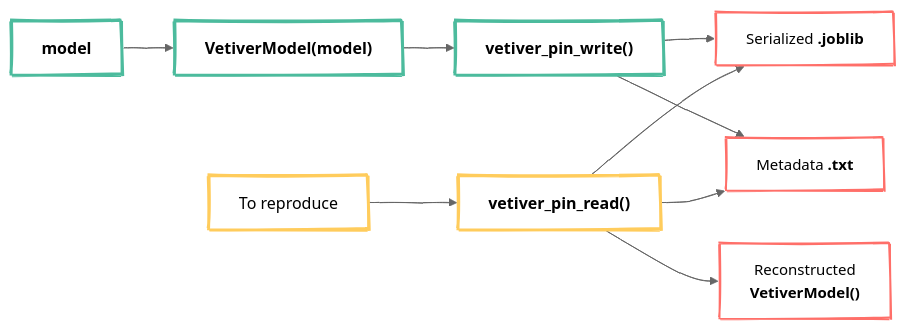
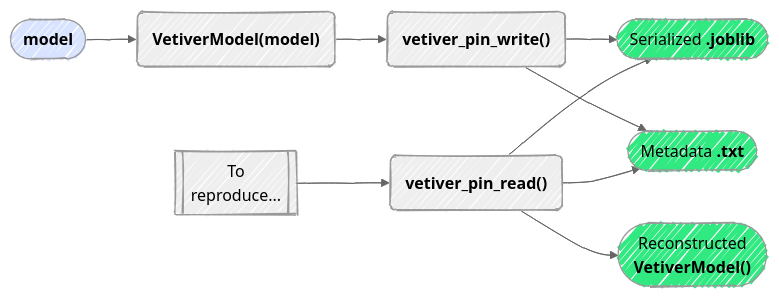
One commit to mjfrigaard/do4ds-labs changed the fourth of 5 diagrams in lab2.qmd. Above: the diagram before and after it, drawn with Mermaid. The commit also changed other lines of this file and 38 other files, not shown here.

````diff
--- a/lab2.qmd
+++ b/lab2.qmd
@@ -386,26 +379,24 @@
 ```{mermaid}
 %%| fig-cap: 'vetiver_pin_write()'
 %%| fig-align: center
 %%{init: {'theme': 'neutral', 'look': 'handDrawn', 'themeVariables': { 'fontFamily': 'monospace', "fontSize":"16px"}}}%%
+
 flowchart LR
-    Mod["<strong>model</strong>"] --> VetMod["<strong>VetiverModel(model)</strong>"]
-    VetMod --> VPW["<strong>vetiver_pin_write()</strong>"]
-    VPW --> Joblib["Serialized <strong>.joblib</strong>"]
-    VPW --> Meta["Metadata <strong>.txt</strong>"]
+    Mod(["<strong>model</strong>"]) --> VetMod("<strong>VetiverModel(model)</strong>")
+    VetMod --> VPW("<strong>vetiver_pin_write()</strong>")
+    VPW --> Joblib(["Serialized <strong>.joblib</strong>"])
+    VPW --> Meta(["Metadata <strong>.txt</strong>"])
     
-    Rep["To reproduce"] --> VPR["<strong>vetiver_pin_read()</strong>"]
+    Rep[["To<br>reproduce..."]] --> VPR("<strong>vetiver_pin_read()</strong>")
     VPR --> Joblib
     VPR --> Meta
-    VPR --> Recon["Reconstructed<br><strong>VetiverModel()</strong>"]
+    VPR --> Recon(["Reconstructed<br><strong>VetiverModel()</strong>"])
+
+    %% Style for outputs %%
+    style Mod fill:#d8e4ff
+    style Recon fill:#31e981
+    style Meta fill:#31e981
+    style Joblib fill:#31e981
     
-    style Mod fill:#FFF,stroke:#4CBB9D,color:#000,stroke-width:3px,rx:10,ry:10,font-size:16px
-    style VetMod fill:#FFF,stroke:#4CBB9D,color:#000,stroke-width:3px,rx:10,ry:10,font-size:16px
-    style VPW fill:#FFF,stroke:#4CBB9D,color:#000,stroke-width:3px,rx:10,ry:10,font-size:16px
-    
-    style Joblib fill:#FFF,stroke:#ff6f69,color:#000,stroke-width:2px,rx:5,ry:5,font-size:15px
-    style Meta fill:#FFF,stroke:#ff6f69,color:#000,stroke-width:2px,rx:5,ry:5,font-size:15px
-    style Recon fill:#FFF,stroke:#ff6f69,color:#000,stroke-width:2px,rx:5,ry:5,font-size:15px
-    
-    style Rep fill:#FFF,stroke:#ffcc5c,color:#000,stroke-width:3px,rx:10,ry:10,font-size:16px
-    style VPR fill:#FFF,stroke:#ffcc5c,color:#000,stroke-width:3px,rx:10,ry:10,font-size:16px
+
 ```
````
